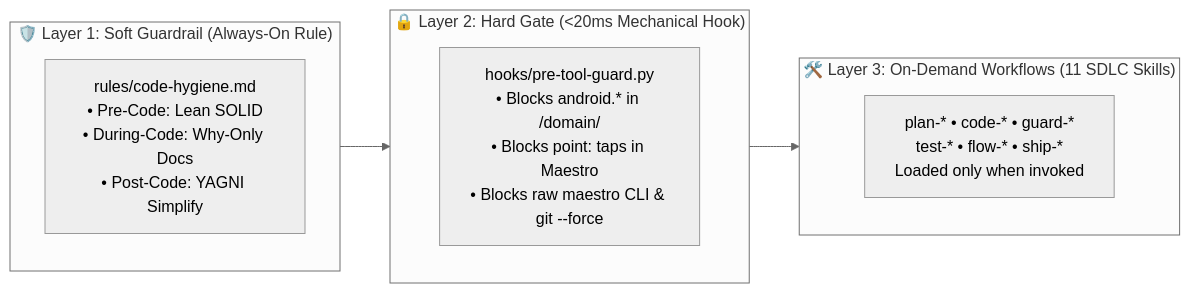
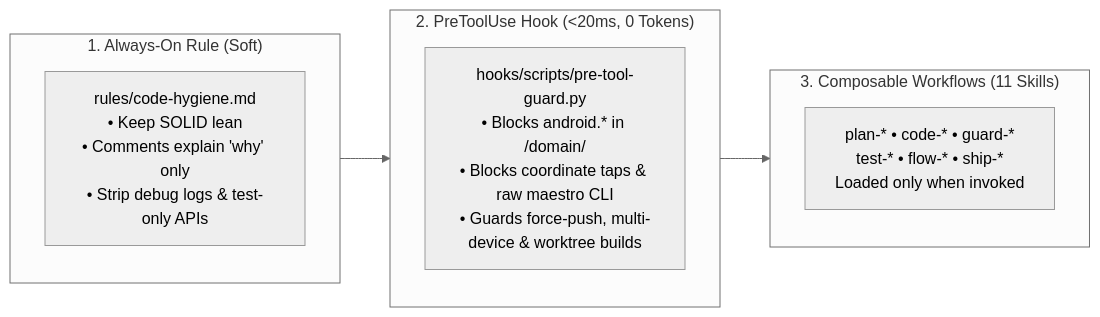
Before and after one commit to yukido0205/android-agentic-sdlc: the diagram in README.md, drawn with Mermaid (neutral theme). The commit also changed other lines of this file and 4 other files, not shown here.

````diff
--- a/README.md
+++ b/README.md
@@ -38,16 +46,16 @@
 ```mermaid
 flowchart LR
-    subgraph L1["🛡️ Layer 1: Soft Guardrail (Always-On Rule)"]
-        R["rules/code-hygiene.md<br/>• Pre-Code: Lean SOLID<br/>• During-Code: Why-Only Docs<br/>• Post-Code: YAGNI Simplify"]
+    subgraph L1["1. Always-On Rule (Soft)"]
+        R["rules/code-hygiene.md<br/>• Keep SOLID lean<br/>• Comments explain 'why' only<br/>• Strip debug logs & test-only APIs"]
     end
 
-    subgraph L2["🔒 Layer 2: Hard Gate (<20ms Mechanical Hook)"]
-        H["hooks/pre-tool-guard.py<br/>• Blocks android.* in /domain/<br/>• Blocks point: taps in Maestro<br/>• Blocks raw maestro CLI & git --force"]
+    subgraph L2["2. PreToolUse Hook (<20ms, 0 Tokens)"]
+        H["hooks/scripts/pre-tool-guard.py<br/>• Blocks android.* in /domain/<br/>• Blocks coordinate taps & raw maestro CLI<br/>• Guards force-push, multi-device & worktree builds"]
     end
 
-    subgraph L3["🛠️ Layer 3: On-Demand Workflows (11 SDLC Skills)"]
+    subgraph L3["3. Composable Workflows (11 Skills)"]
         S["plan-*  •  code-*  •  guard-*<br/>test-*  •  flow-*  •  ship-*<br/>Loaded only when invoked"]
     end
 
     L1 --> L2 --> L3
 ```
````
